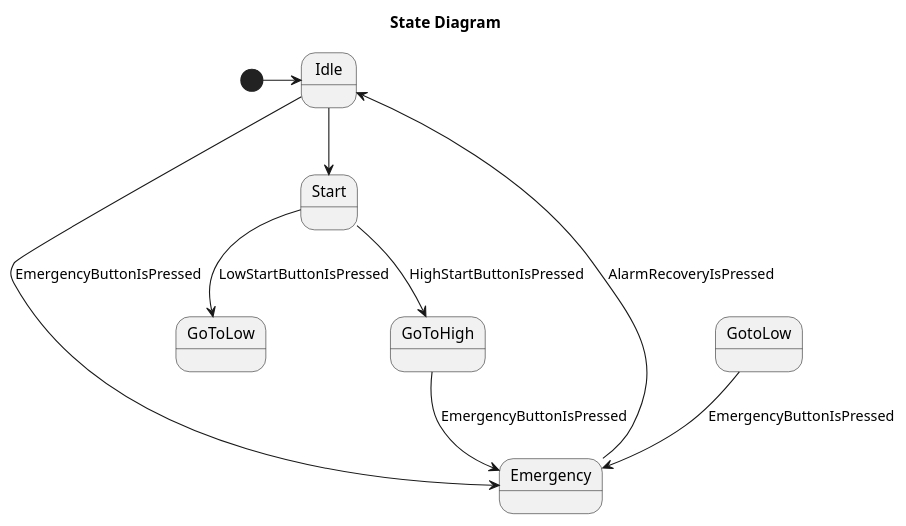
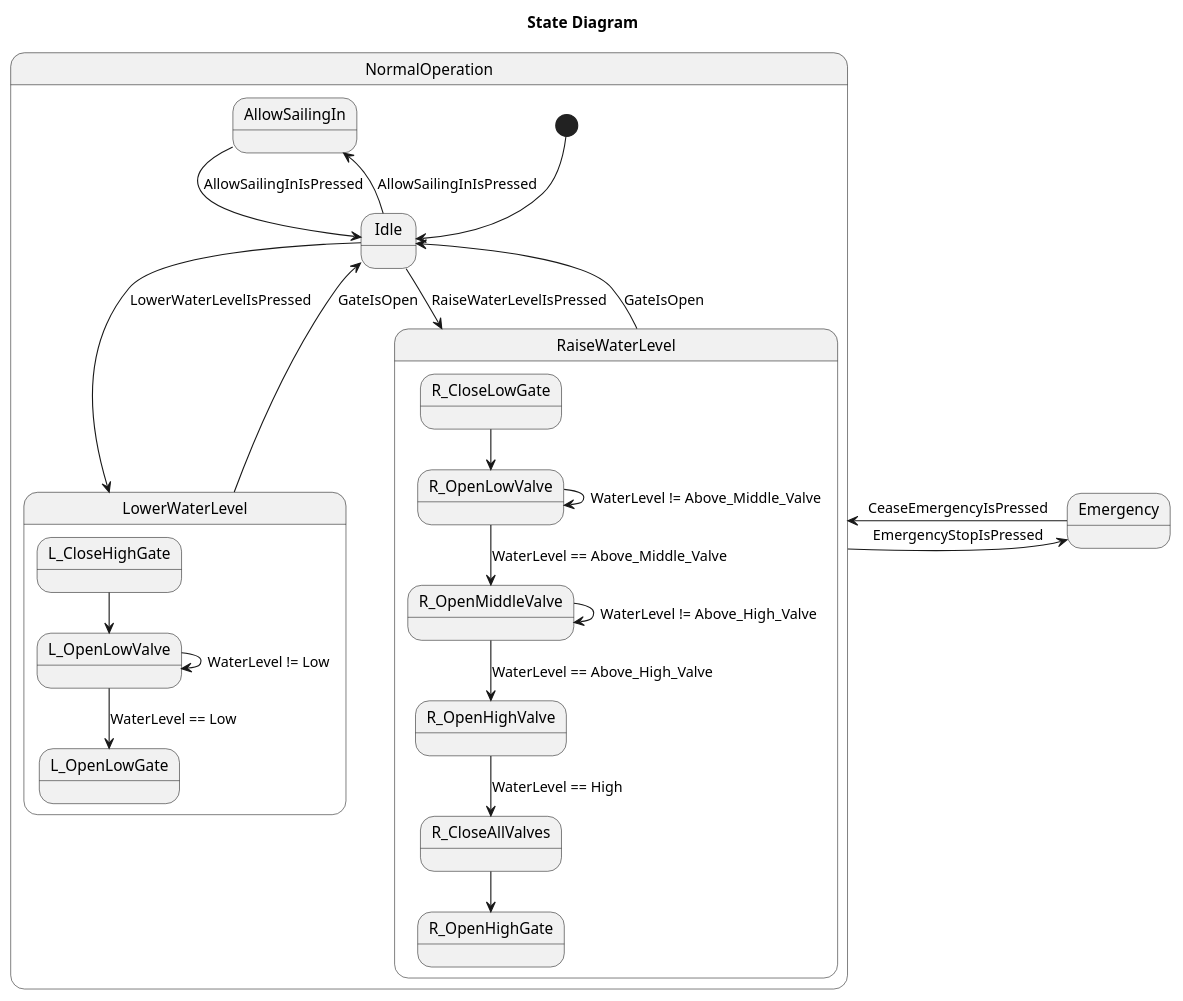
The third of 6 diagrams in Software Design & Algorithms/PoundLock/Diagrams.puml (NathanThus/Technology-Semester-3), drawn with PlantUML before and after one commit. The commit also changed other lines of this file, not shown here.

First line of the commit message:
Update Diagrams.puml

```diff
--- a/Software Design & Algorithms/PoundLock/Diagrams.puml
+++ b/Software Design & Algorithms/PoundLock/Diagrams.puml
@@ -77,17 +84,41 @@
 @startuml StateDiagram
 title State Diagram
-
 state Emergency
 
-[*] -> Idle
-Emergency -> Idle : AlarmRecoveryIsPressed
-Idle -> Emergency : EmergencyButtonIsPressed
-Idle --> Start
+state NormalOperation {
+    
+'  Sequence Diagram Maken
+'  Terug loopen naar Idle
+'  Kijk naar volgorde deuren openen en sluiten
 
-Start --> GoToLow : LowStartButtonIsPressed
-Start --> GoToHigh : HighStartButtonIsPressed
 
-GoToHigh --> Emergency : EmergencyButtonIsPressed
-GotoLow --> Emergency : EmergencyButtonIsPressed
+    [*] --> Idle
+    Idle --> LowerWaterLevel : LowerWaterLevelIsPressed
+    Idle --> RaiseWaterLevel : RaiseWaterLevelIsPressed
+    RaiseWaterLevel --> Idle : GateIsOpen
+    LowerWaterLevel --> Idle : GateIsOpen   
+
+    state RaiseWaterLevel{
+        R_CloseLowGate --> R_OpenLowValve
+        R_OpenLowValve --> R_OpenLowValve : WaterLevel != Above_Middle_Valve
+        R_OpenLowValve --> R_OpenMiddleValve : WaterLevel == Above_Middle_Valve
+        R_OpenMiddleValve --> R_OpenMiddleValve : WaterLevel != Above_High_Valve
+        R_OpenMiddleValve --> R_OpenHighValve : WaterLevel == Above_High_Valve
+        R_OpenHighValve --> R_CloseAllValves : WaterLevel == High
+        R_CloseAllValves --> R_OpenHighGate 
+    }
+
+    state LowerWaterLevel{
+        L_CloseHighGate --> L_OpenLowValve
+        L_OpenLowValve --> L_OpenLowValve : WaterLevel != Low
+        L_OpenLowValve --> L_OpenLowGate : WaterLevel == Low
+    }
+
+    NormalOperation -> Emergency : EmergencyStopIsPressed
+    Emergency -> NormalOperation : CeaseEmergencyIsPressed
+
+    Idle --> AllowSailingIn : AllowSailingInIsPressed
+    AllowSailingIn -> Idle : AllowSailingInIsPressed
+}
 
 @enduml
```
